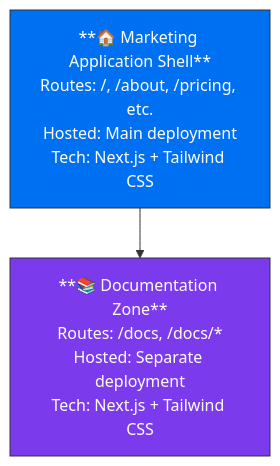
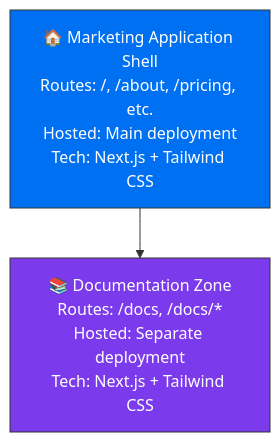
One commit to vercel/examples changed the diagram in microfrontends/nextjs-multi-zones/README.md. Above: the diagram before and after it, drawn with Mermaid.

Commit message:
fix: remove bold markdown from diagram node labels

````diff
--- a/microfrontends/nextjs-multi-zones/README.md
+++ b/microfrontends/nextjs-multi-zones/README.md
@@ -80,10 +80,10 @@
 ```mermaid
 flowchart TD
-    block_marketing["**🏠 Marketing Application Shell**\nRoutes: /, /about, /pricing, etc.\nHosted: Main deployment\nTech: Next.js + Tailwind CSS"]
-    block_docs["**📚 Documentation Zone**\nRoutes: /docs, /docs/*\nHosted: Separate deployment\nTech: Next.js + Tailwind CSS"]
+    block_marketing["🏠 Marketing Application Shell\nRoutes: /, /about, /pricing, etc.\nHosted: Main deployment\nTech: Next.js + Tailwind CSS"]
+    block_docs["📚 Documentation Zone\nRoutes: /docs, /docs/*\nHosted: Separate deployment\nTech: Next.js + Tailwind CSS"]
 
     block_marketing --> block_docs
 
     style block_marketing fill:#0070f3,color:#fff,stroke:#333
     style block_docs fill:#7c3aed,color:#fff,stroke:#333
 ```
````
